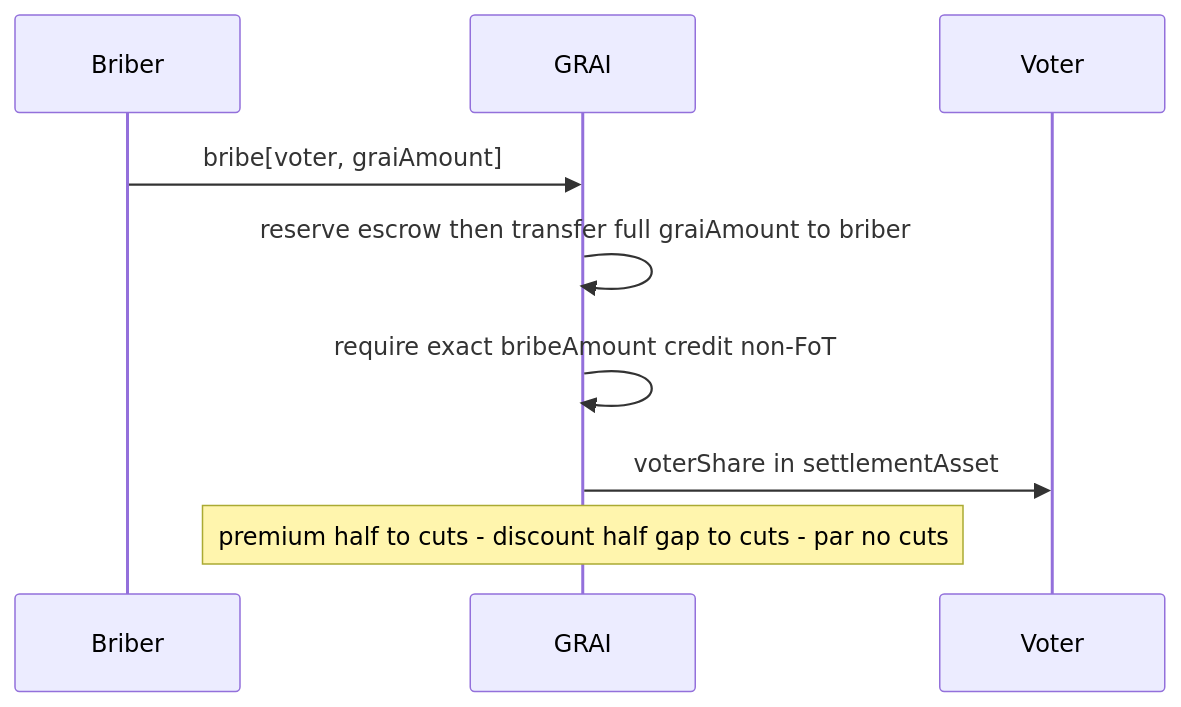
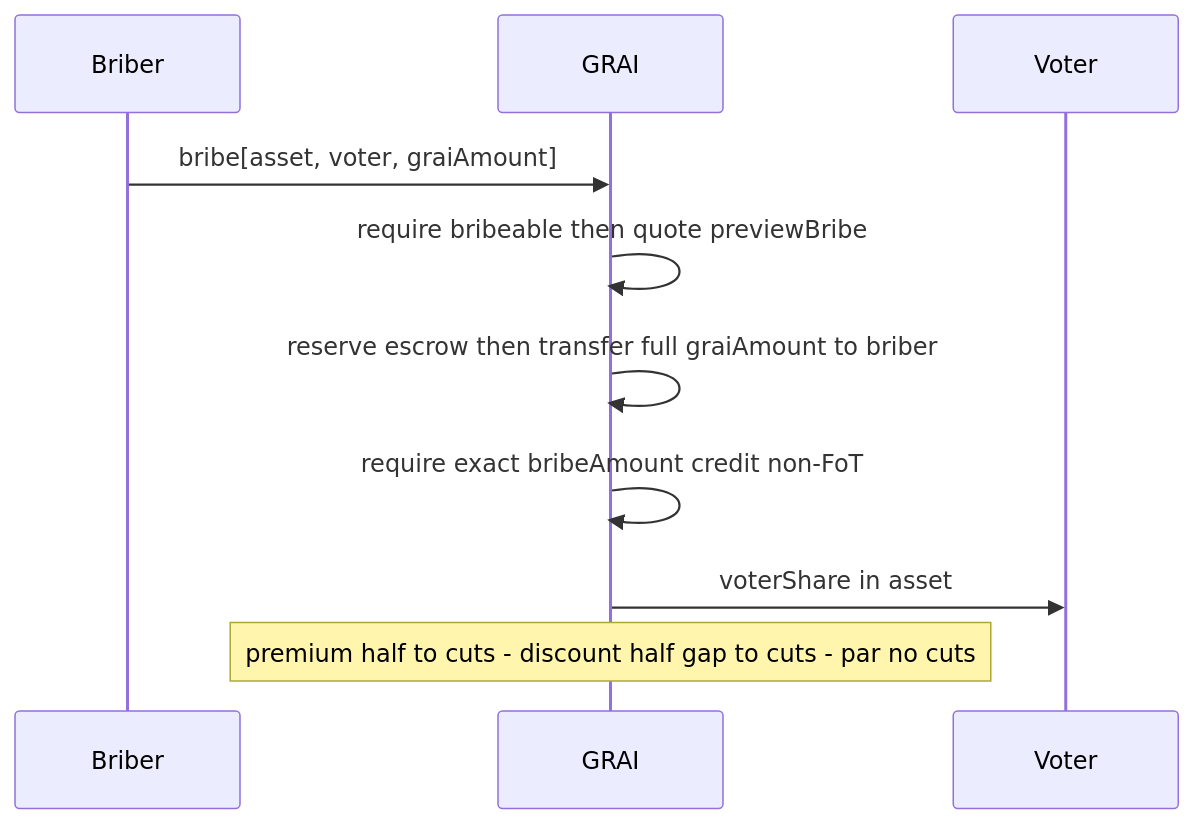
Before and after one commit to grindurus/grindurus-docs: the fourth of 6 diagrams in protocol/grai/mechanics.md, drawn with Mermaid. The commit also changed other lines of this file, not shown here.

````diff
--- a/protocol/grai/mechanics.md
+++ b/protocol/grai/mechanics.md
@@ -289,12 +310,13 @@
 ```mermaid
 sequenceDiagram
     participant B as Briber
     participant G as GRAI
     participant V as Voter
 
-    B->>G: bribe[voter, graiAmount]
+    B->>G: bribe[asset, voter, graiAmount]
+    G->>G: require bribeable then quote previewBribe
     G->>G: reserve escrow then transfer full graiAmount to briber
     G->>G: require exact bribeAmount credit non-FoT
-    G->>V: voterShare in settlementAsset
+    G->>V: voterShare in asset
     Note over G: premium half to cuts - discount half gap to cuts - par no cuts
 ```
````
